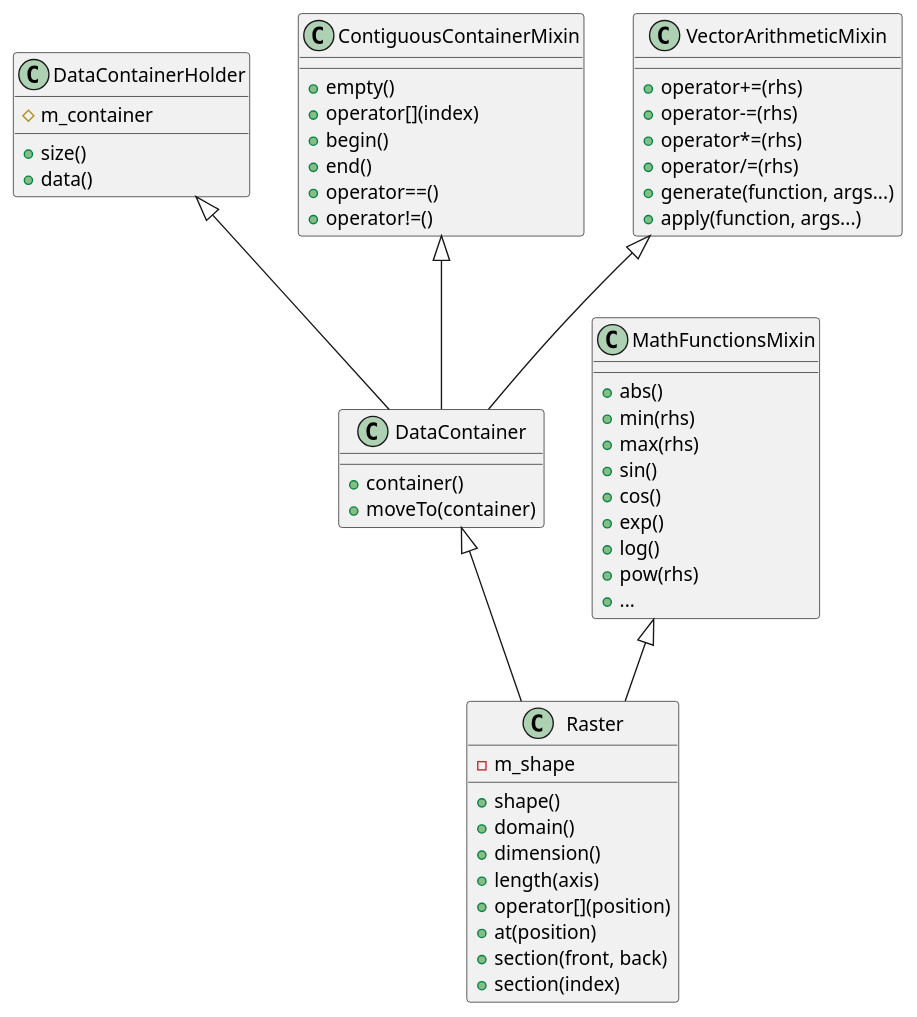
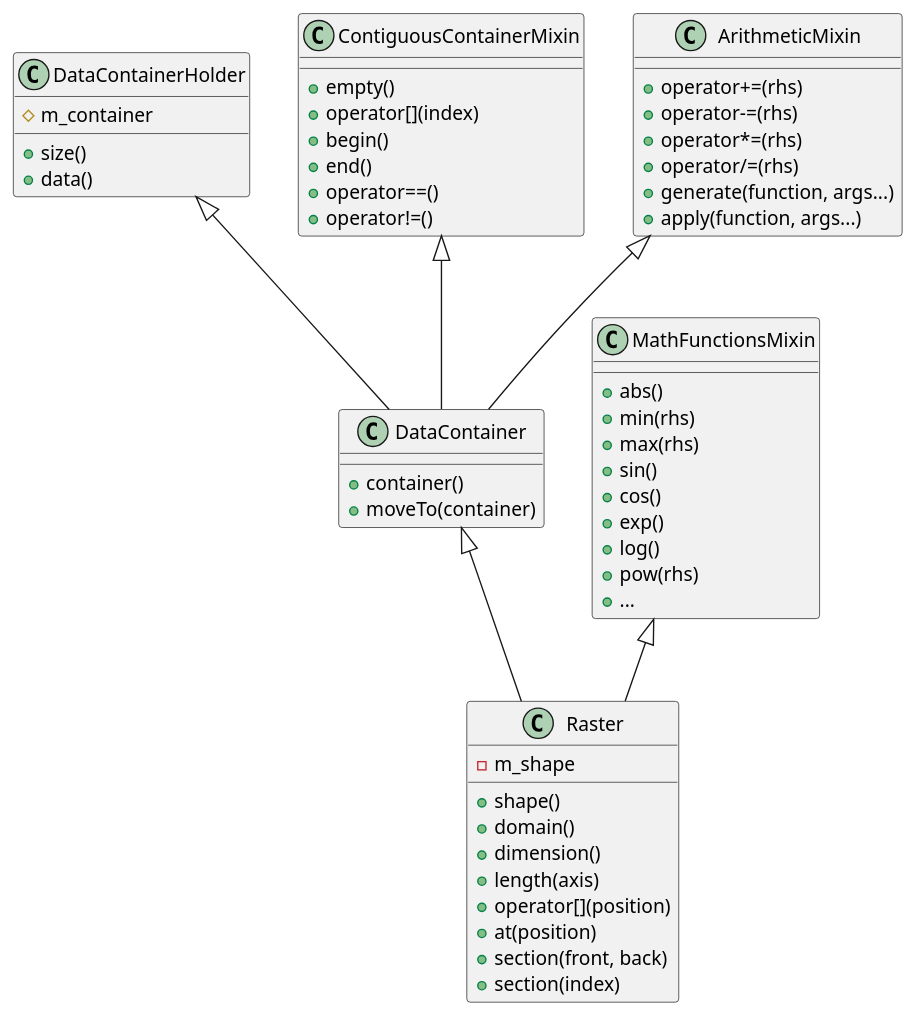
One commit to kabasset/Linx changed the diagram in doc/diagrams/data_classes.puml. Above: the diagram before and after it, drawn with PlantUML. The commit also changed 9 other files, not shown here.

```diff
--- a/doc/diagrams/data_classes.puml
+++ b/doc/diagrams/data_classes.puml
@@ -1,60 +1,60 @@
 @startuml
 class DataContainerHolder {
 # m_container
 + size()
 + data()
 }
 
 class DataContainer {
 + container()
 + moveTo(container)
 }
 
 class Raster {
 - m_shape
 + shape()
 + domain()
 + dimension()
 + length(axis)
 + operator[](position)
 + at(position)
 + section(front, back)
 + section(index)
 }
 
 class ContiguousContainerMixin {
 + empty()
 + operator[](index)
 + begin()
 + end()
 + operator==()
 + operator!=()
 }
 
-class VectorArithmeticMixin {
+class ArithmeticMixin {
 + operator+=(rhs)
 + operator-=(rhs)
 + operator*=(rhs)
 + operator/=(rhs)
 + generate(function, args...)
 + apply(function, args...)
 }
 
 class MathFunctionsMixin {
 + abs()
 + min(rhs)
 + max(rhs)
 + sin()
 + cos()
 + exp()
 + log()
 + pow(rhs)
 + {method}...
 }
 
 ContiguousContainerMixin <|-- DataContainer
-VectorArithmeticMixin <|-- DataContainer
+ArithmeticMixin <|-- DataContainer
 DataContainerHolder <|-- DataContainer
 DataContainer <|-- Raster
 MathFunctionsMixin <|-- Raster
 @enduml
```
